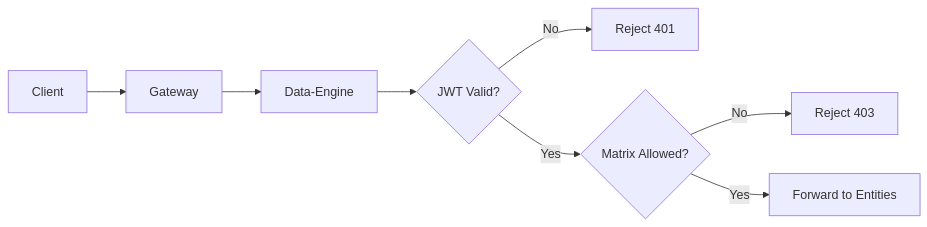
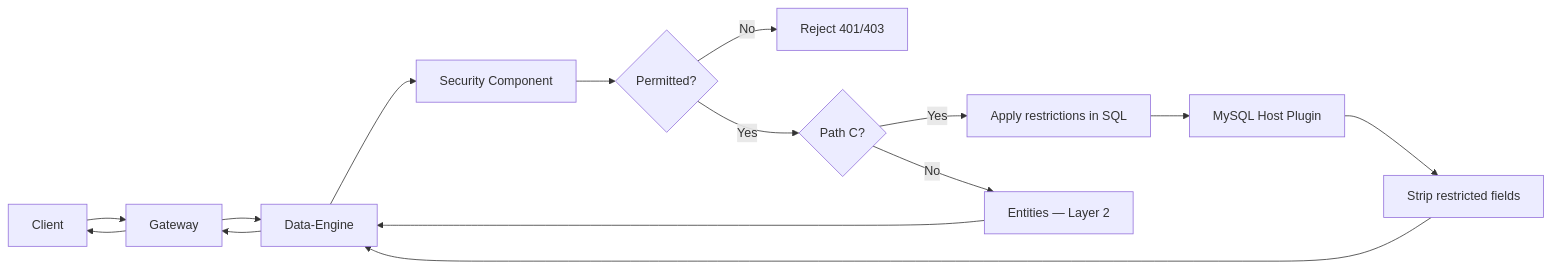
One commit to rabelmervin/portfolio-website changed the second of 3 diagrams in docs/4-operations/rbac.md. Above: the diagram before and after it, drawn with Mermaid. The commit also changed other lines of this file and 3 other files, not shown here.

````diff
--- a/docs/4-operations/rbac.md
+++ b/docs/4-operations/rbac.md
@@ -14,10 +46,17 @@
 ```mermaid
 flowchart LR
-	A[Client] --> B[Gateway]
-	B --> C[Data-Engine]
-	C --> D{JWT Valid?}
-	D -- No --> E[Reject 401]
-	D -- Yes --> F{Matrix Allowed?}
-	F -- No --> G[Reject 403]
-	F -- Yes --> H[Forward to Entities]
+    A[Client] --> B[Gateway]
+    B --> C[Data-Engine]
+    C --> D[Security Component]
+    D --> F{Permitted?}
+    F -- No --> G[Reject 401/403]
+    F -- Yes --> H{Path C?}
+    H -- Yes --> I[Apply restrictions in SQL]
+    I --> J[MySQL Host Plugin]
+    J --> K[Strip restricted fields]
+    K --> C
+    H -- No --> M["Entities — Layer 2"]
+    M --> C
+    C --> B
+    B --> A
 ```
````
